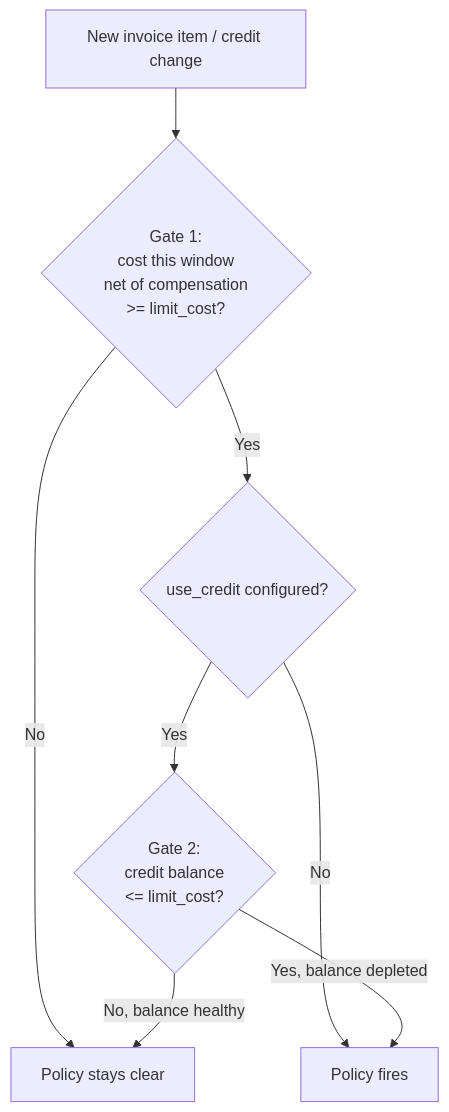
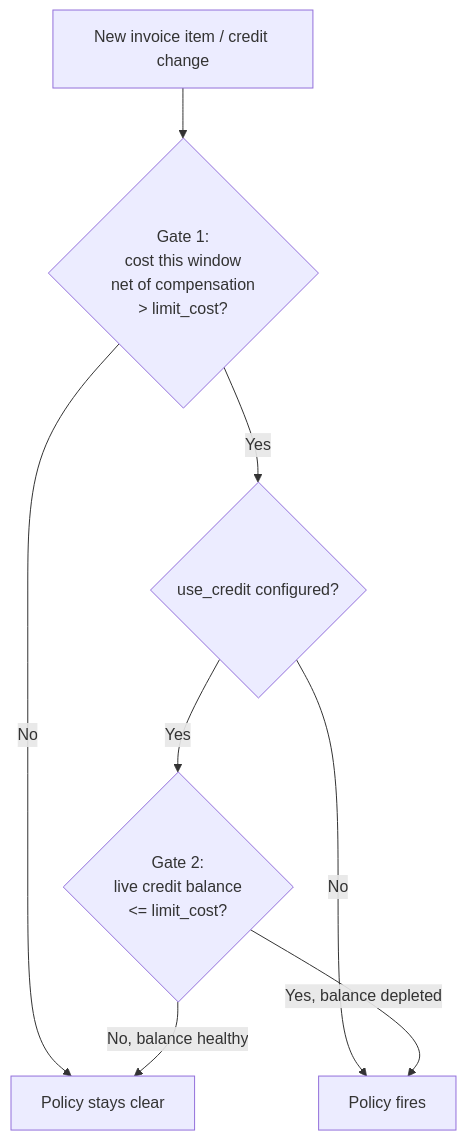
The second of 2 diagrams in docs/about/concepts/policies.md (waldur/waldur-docs), drawn with Mermaid before and after one commit. The commit also changed other lines of this file and 1 other file, not shown here.

Commit message:
Describe the live credit balance for cost policies [waldur/waldur-mastermind#650]

````diff
--- a/docs/about/concepts/policies.md
+++ b/docs/about/concepts/policies.md
@@ -74,10 +74,10 @@
 ```mermaid
 graph TD
-    A[New invoice item / credit change] --> B{Gate 1:<br>cost this window<br>net of compensation<br>>= limit_cost?}
+    A[New invoice item / credit change] --> B{Gate 1:<br>cost this window<br>net of compensation<br>> limit_cost?}
     B -->|No| Z[Policy stays clear]
     B -->|Yes| C{use_credit configured?}
     C -->|No| F[Policy fires]
-    C -->|Yes| D{Gate 2:<br>credit balance<br><= limit_cost?}
+    C -->|Yes| D{Gate 2:<br>live credit balance<br><= limit_cost?}
     D -->|No, balance healthy| Z
     D -->|Yes, balance depleted| F
 ```
````
